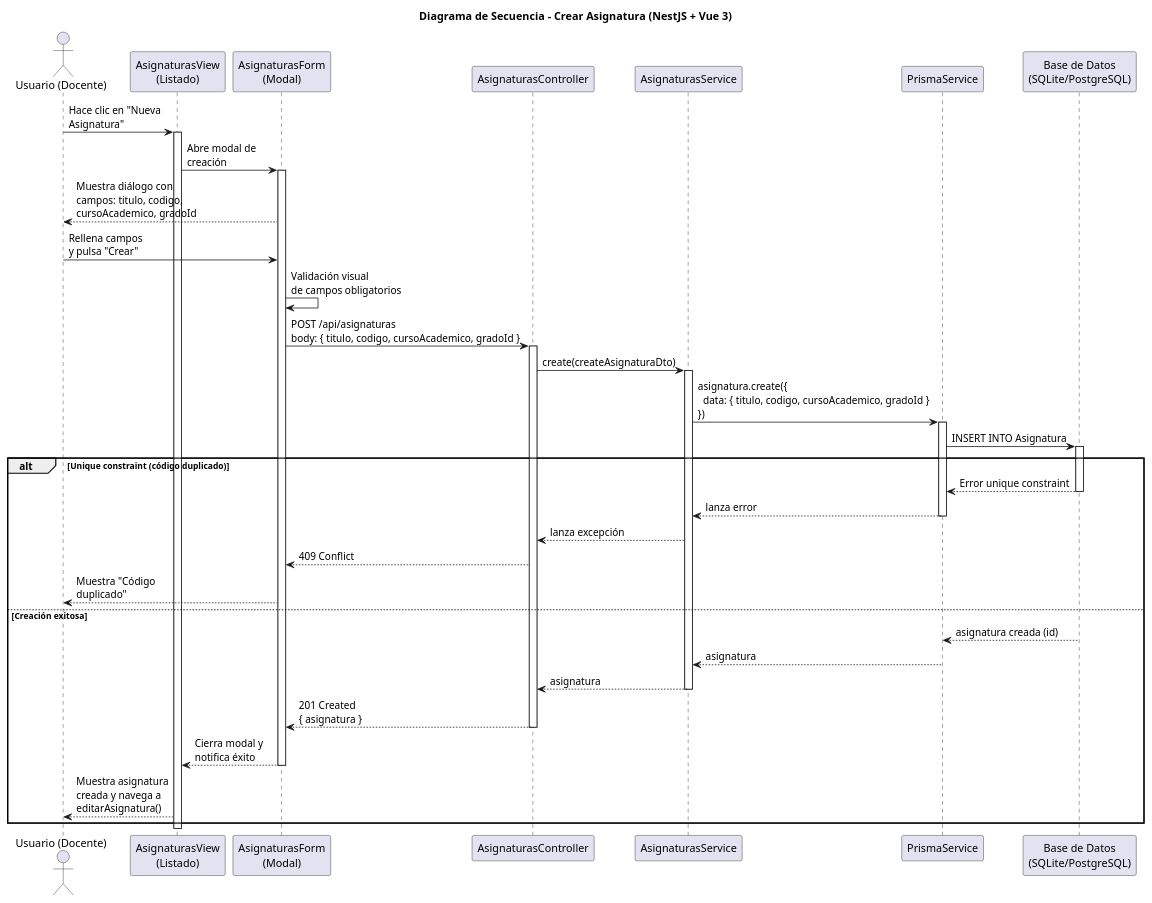
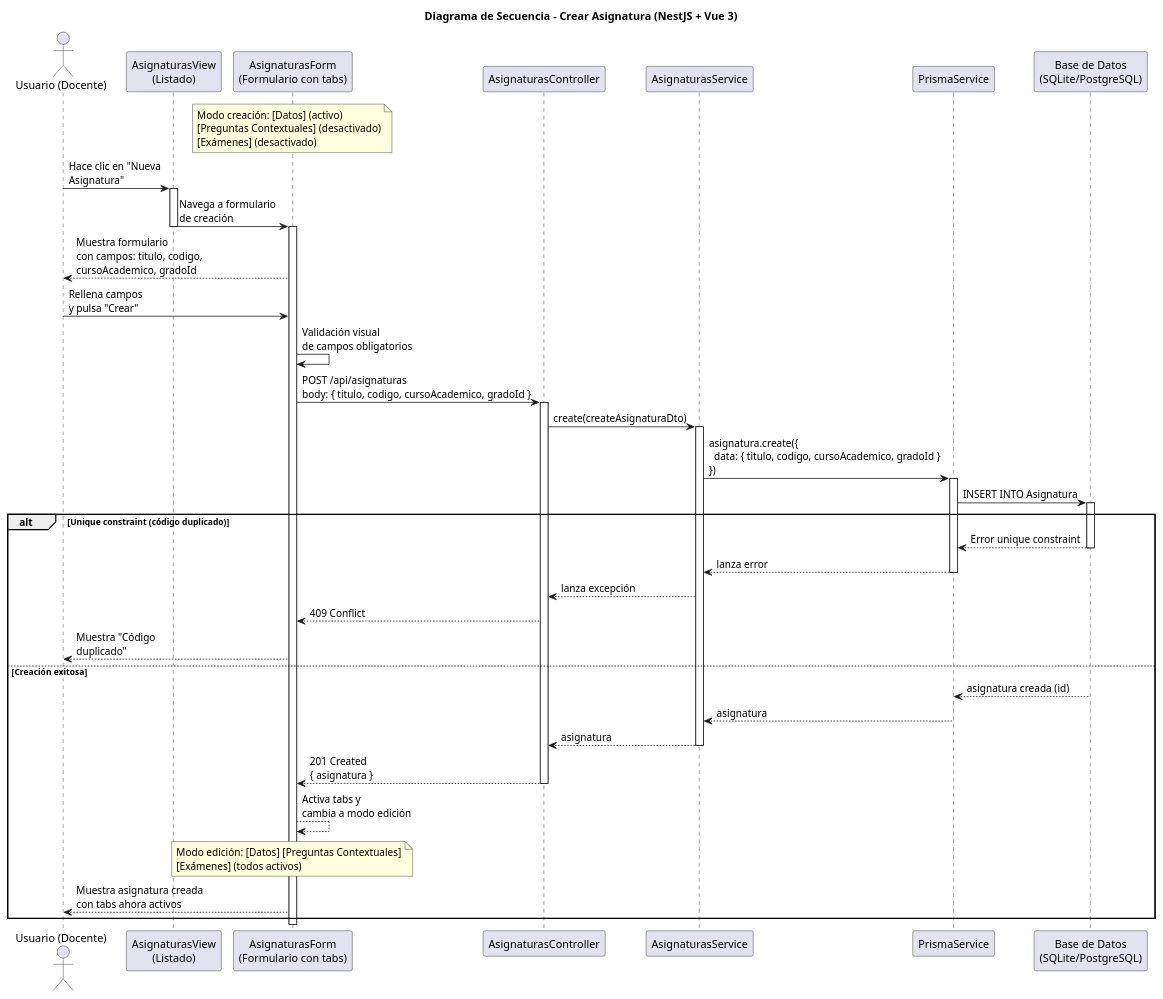
The diagram in documents/diseño/crearAsignatura/README.md (marcosgutierrez6/25-26-idsw2-sdVC), drawn with PlantUML before and after one commit. The commit also changed other lines of this file and 14 other files, not shown here.

````diff
--- a/documents/diseño/crearAsignatura/README.md
+++ b/documents/diseño/crearAsignatura/README.md
@@ -30,61 +30,62 @@
 ```plantuml
 @startuml
 title Diagrama de Secuencia - Crear Asignatura (NestJS + Vue 3)
 
 actor "Usuario (Docente)" as User
 participant "AsignaturasView\n(Listado)" as List
-participant "AsignaturasForm\n(Modal)" as Form
+participant "AsignaturasForm\n(Formulario con tabs)" as Form
 participant "AsignaturasController" as Controller
 participant "AsignaturasService" as Service
 participant "PrismaService" as Prisma
 participant "Base de Datos\n(SQLite/PostgreSQL)" as DB
 
+note over Form : Modo creación: [Datos] (activo)\n[Preguntas Contextuales] (desactivado)\n[Exámenes] (desactivado)
+
 User -> List: Hace clic en "Nueva\nAsignatura"
 activate List
 
-List -> Form: Abre modal de\ncreación
+List -> Form: Navega a formulario\nde creación
+deactivate List
 activate Form
-Form --> User: Muestra diálogo con\ncampos: titulo, codigo,\ncursoAcademico, gradoId
+Form --> User: Muestra formulario\ncon campos: titulo, codigo,\ncursoAcademico, gradoId
 
 User -> Form: Rellena campos\ny pulsa "Crear"
 Form -> Form: Validación visual\nde campos obligatorios
 
 Form -> Controller: POST /api/asignaturas\nbody: { titulo, codigo, cursoAcademico, gradoId }
 activate Controller
 
 Controller -> Service: create(createAsignaturaDto)
 activate Service
 
 Service -> Prisma: asignatura.create({\n  data: { titulo, codigo, cursoAcademico, gradoId }\n})
 activate Prisma
 Prisma -> DB: INSERT INTO Asignatura
 activate DB
 
 alt Unique constraint (código duplicado)
   DB --> Prisma: Error unique constraint
   deactivate DB
   Prisma --> Service: lanza error
   deactivate Prisma
   Service --> Controller: lanza excepción
   Controller --> Form: 409 Conflict
   Form --> User: Muestra "Código\nduplicado"
 else Creación exitosa
   DB --> Prisma: asignatura creada (id)
   deactivate DB
   Prisma --> Service: asignatura
   deactivate Prisma
 
   Service --> Controller: asignatura
   deactivate Service
   Controller --> Form: 201 Created\n{ asignatura }
   deactivate Controller
 
-  Form --> List: Cierra modal y\nnotifica éxito
-  deactivate Form
-  List --> User: Muestra asignatura\ncreada y navega a\neditarAsignatura()
+  Form --> Form: Activa tabs y\ncambia a modo edición
+  note over Form : Modo edición: [Datos] [Preguntas Contextuales]\n[Exámenes] (todos activos)
+  Form --> User: Muestra asignatura creada\ncon tabs ahora activos
 end
-
-deactivate List
 
 @enduml
 ```
````
